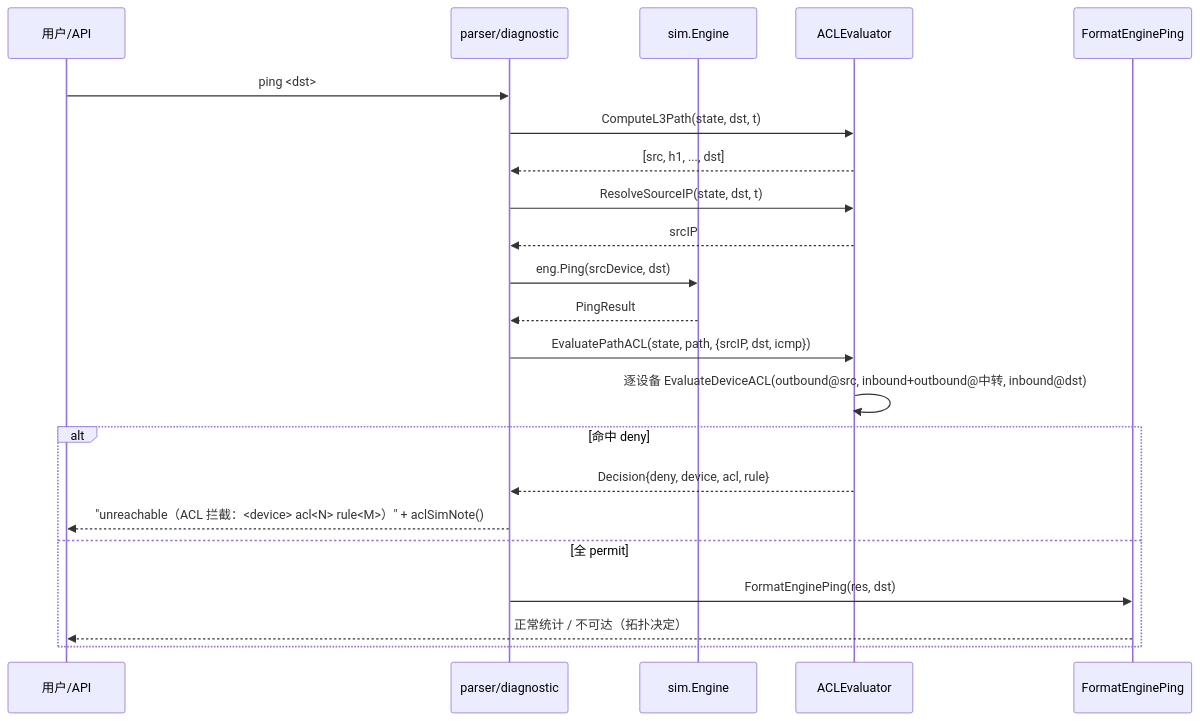
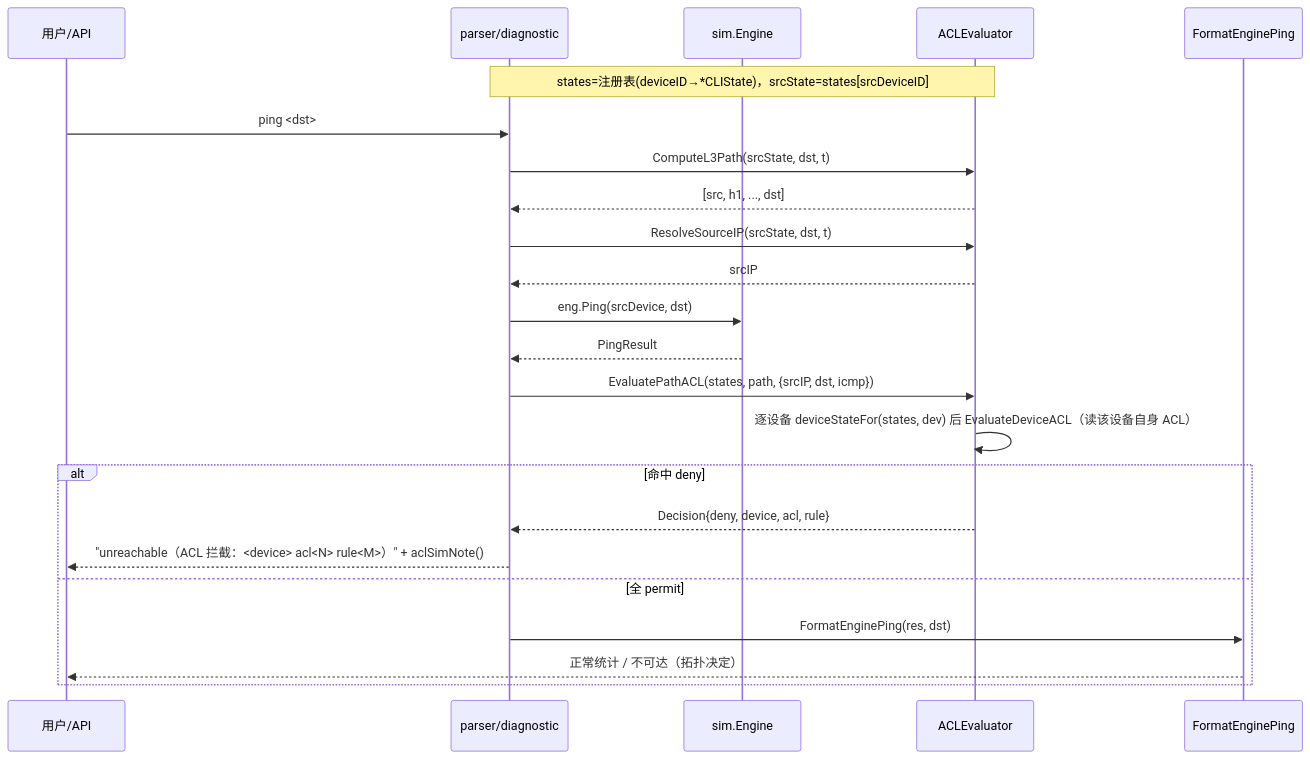
Before and after one commit to linhao616/ensp-lab: the second of 4 diagrams in docs/p1c-firewall-design.md, drawn with Mermaid. The commit also changed other lines of this file, not shown here.

First line of the commit message:
docs: 同步 P1-C 防火墙设计文档签名至 CLIState 注册表版本

````diff
--- a/docs/p1c-firewall-design.md
+++ b/docs/p1c-firewall-design.md
@@ -205,24 +213,25 @@
 ```mermaid
 sequenceDiagram
     participant U as 用户/API
     participant P as parser/diagnostic
     participant E as sim.Engine
     participant A as ACLEvaluator
     participant R as FormatEnginePing
+    Note over P,A: states=注册表(deviceID→*CLIState)，srcState=states[srcDeviceID]
     U->>P: ping <dst>
-    P->>A: ComputeL3Path(state, dst, t)
+    P->>A: ComputeL3Path(srcState, dst, t)
     A-->>P: [src, h1, ..., dst]
-    P->>A: ResolveSourceIP(state, dst, t)
+    P->>A: ResolveSourceIP(srcState, dst, t)
     A-->>P: srcIP
     P->>E: eng.Ping(srcDevice, dst)
     E-->>P: PingResult
-    P->>A: EvaluatePathACL(state, path, {srcIP, dst, icmp})
-    A->>A: 逐设备 EvaluateDeviceACL(outbound@src, inbound+outbound@中转, inbound@dst)
+    P->>A: EvaluatePathACL(states, path, {srcIP, dst, icmp})
+    A->>A: 逐设备 deviceStateFor(states, dev) 后 EvaluateDeviceACL（读该设备自身 ACL）
     alt 命中 deny
         A-->>P: Decision{deny, device, acl, rule}
         P-->>U: "unreachable（ACL 拦截：<device> acl<N> rule<M>）" + aclSimNote()
     else 全 permit
         P->>R: FormatEnginePing(res, dst)
         R-->>U: 正常统计 / 不可达（拓扑决定）
     end
 ```
````
